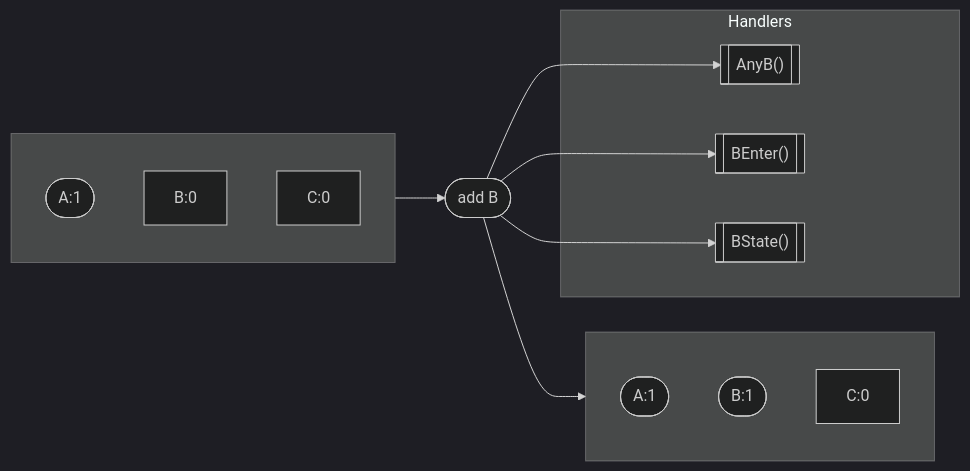
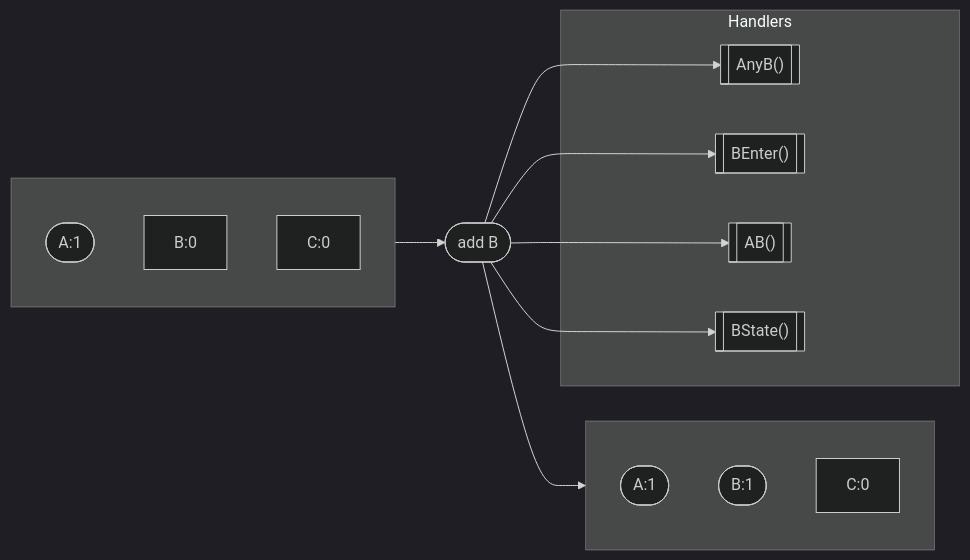
One commit to pancsta/asyncmachine-go changed the fourth of 12 diagrams in docs/diagrams.md. Above: the diagram before and after it, drawn with Mermaid (dark theme). The commit also changed other lines of this file and 6 other files, not shown here.

Commit message:
chore: replace mermaids with svgs

````diff
--- a/docs/diagrams.md
+++ b/docs/diagrams.md
@@ -161,24 +89,26 @@
 ```mermaid
 flowchart LR
     subgraph HandlersBefore[ ]
         A1([A:1])
         B1[B:0]
         C1[C:0]
     end
     subgraph HandlersAfter[ ]
         A2([A:1])
         B2([B:1])
         C2[C:0]
     end
     HandlersMutation([add B])
     HandlersBefore --> HandlersMutation
     HandlersMutation --> HandlersAfter
     HandlersMutation --> AnyB
     HandlersMutation --> BEnter
+    HandlersMutation --> AB
     HandlersMutation --> BState
     subgraph Handlers
         AnyB[["AnyB()"]]
         BEnter[["BEnter()"]]
+        AB[["AB()"]]
         BState[["BState()"]]
     end
 ```
````
